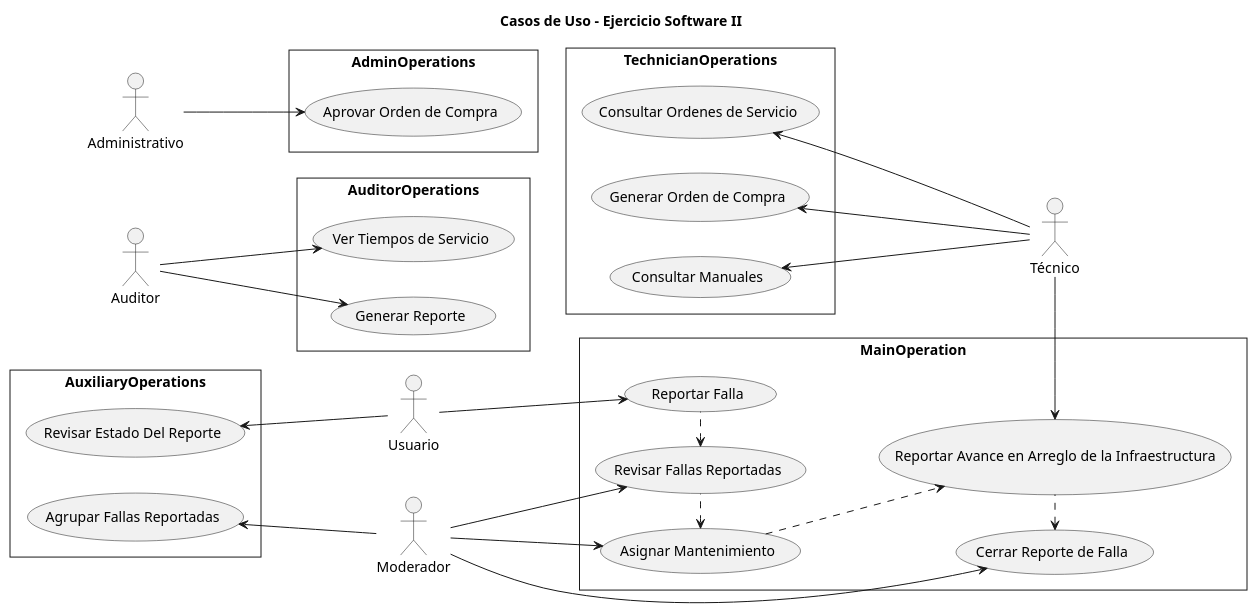
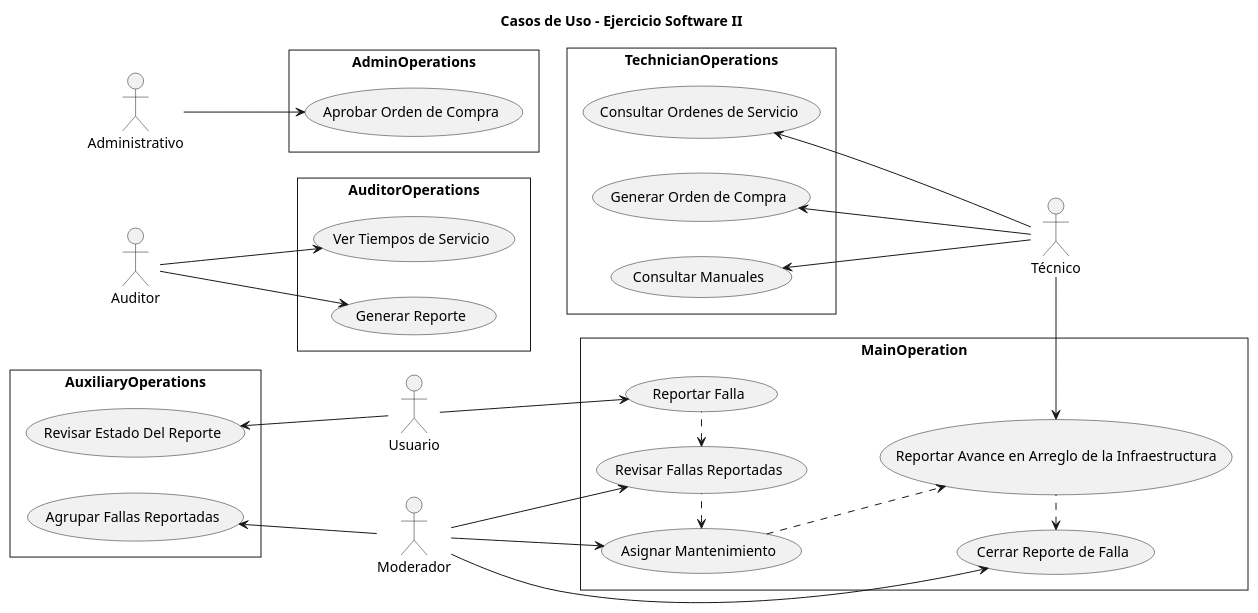
One commit to MrDahaniel/uisFiles changed the diagram in 8vo Semestre/Ingeniería de Software II/Tareas/CasosUsoPQRS.plantuml. Above: the diagram before and after it, drawn with PlantUML.

Commit message:
software

```diff
--- a/8vo Semestre/Ingeniería de Software II/Tareas/CasosUsoPQRS.plantuml
+++ b/8vo Semestre/Ingeniería de Software II/Tareas/CasosUsoPQRS.plantuml
@@ -1,84 +1,84 @@
 @startuml yumlyUseCases
 
     title Casos de Uso - Ejercicio Software II
 
     skinparam Style strictuml 
     skinparam SequenceMessageAlignment center
 
     left to right direction
     skinparam monochrome true
     skinparam roundcorner 20
 
     ' Definitions
         ' Actors
         Actor :Usuario: as U
         Actor :Moderador: as M
         Actor :Técnico: as T
         Actor :Auditor: as A
         Actor :Administrativo: as Adm
 
         ' Use Cases
         rectangle MainOperation {
             usecase (Reportar Falla) as (RF)
             usecase (Revisar Fallas Reportadas) as (RFR)
             usecase (Asignar Mantenimiento) as (AM)
             usecase (Reportar Avance en Arreglo de la Infraestructura) as (RAAI)
             usecase (Cerrar Reporte de Falla) as (CRF)
         } 
 
         rectangle AuxiliaryOperations {
             usecase (Agrupar Fallas Reportadas) as (AFR)
             usecase (Revisar Estado Del Reporte) as (REdR)
         }
 
         rectangle TechnicianOperations {
             usecase (Consultar Manuales) as (CM)
             usecase (Consultar Ordenes de Servicio) as (COS)
             usecase (Generar Orden de Compra) as (GOC)
         }
 
         rectangle AuditorOperations {
             usecase (Ver Tiempos de Servicio) as (VTS)
             usecase (Generar Reporte)  as (GR)
         }
         
         rectangle AdminOperations {
-            usecase (Aprovar Orden de Compra) as (AOC)
+            usecase (Aprobar Orden de Compra) as (AOC)
         }
 
     ' Relationships
         ' Actor Relationships
 
         ' Main Operaion Relationships
             ' Actors
             U --> RF
             M --> RFR
             M --> AM
             T -left-> RAAI
             M --> CRF
 
             ' Flow
             RF .left.> RFR
             RFR .left.> AM
             AM ..> RAAI
             RAAI .left.> CRF
 
         ' Auxiliary Operations
         M -up-> AFR
         U -up-> REdR
 
         ' Auditor Operations
         A --> VTS 
         A --> GR
 
         ' Technician Operations
         T -up-> CM
         T -up-> GOC
         T -up-> COS
 
         ' Admin Operations
         Adm --> AOC
 
 
 
 @enduml
```
